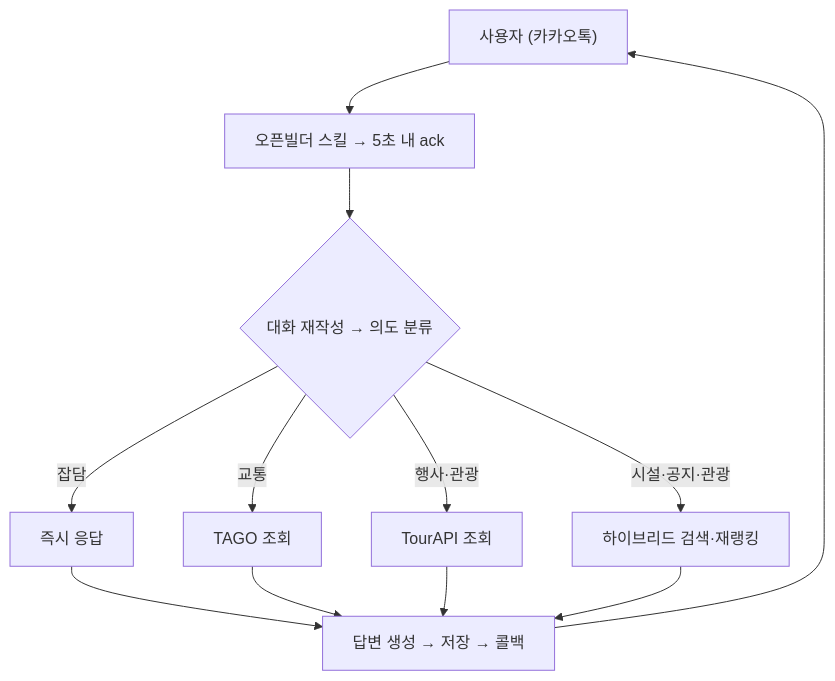
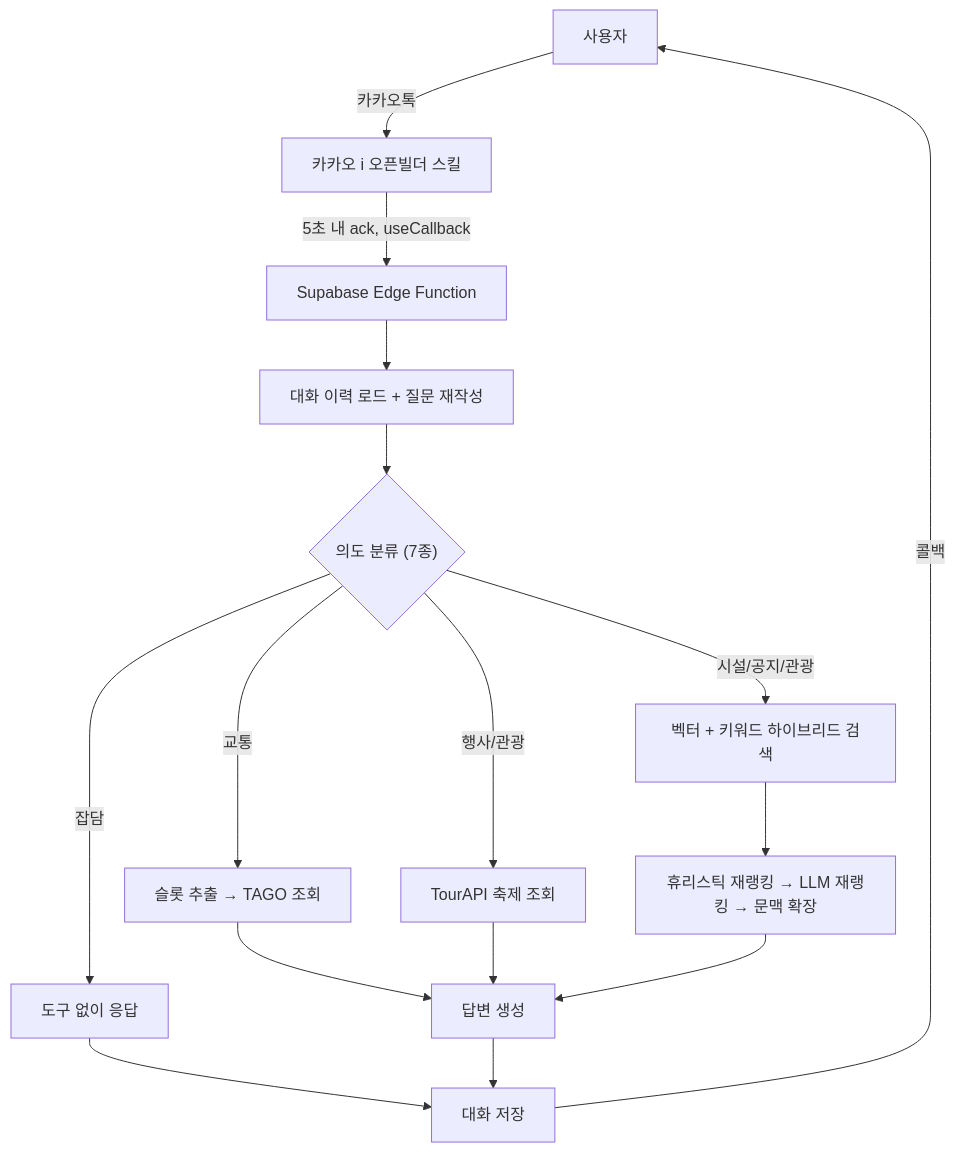
One commit to jsh0611/g-chat changed the diagram in README.md. Above: the diagram before and after it, drawn with Mermaid.

Commit message:
아키텍처 다이어그램을 원래 상세 버전으로 되돌림

````diff
--- a/README.md
+++ b/README.md
@@ -21,14 +21,18 @@
 ```mermaid
 flowchart TD
-    U["사용자 (카카오톡)"] --> K["오픈빌더 스킬 → 5초 내 ack"]
-    K --> I{"대화 재작성 → 의도 분류"}
-    I -->|잡담| C["즉시 응답"]
-    I -->|교통| T["TAGO 조회"]
-    I -->|행사·관광| F["TourAPI 조회"]
-    I -->|시설·공지·관광| R["하이브리드 검색·재랭킹"]
-    C --> G["답변 생성 → 저장 → 콜백"]
-    T --> G
+    U["사용자"] -->|카카오톡| K["카카오 i 오픈빌더 스킬"]
+    K -->|5초 내 ack, useCallback| E["Supabase Edge Function"]
+    E --> H["대화 이력 로드 + 질문 재작성"]
+    H --> I{"의도 분류 (7종)"}
+    I -->|잡담| C["도구 없이 응답"]
+    I -->|교통| T["슬롯 추출 → TAGO 조회"]
+    I -->|행사/관광| F["TourAPI 축제 조회"]
+    I -->|시설/공지/관광| R["벡터 + 키워드 하이브리드 검색"]
+    R --> RR["휴리스틱 재랭킹 → LLM 재랭킹 → 문맥 확장"]
+    T --> G["답변 생성"]
     F --> G
-    R --> G
-    G --> U
+    RR --> G
+    C --> S["대화 저장"]
+    G --> S
+    S -->|콜백| U
 ```
````
